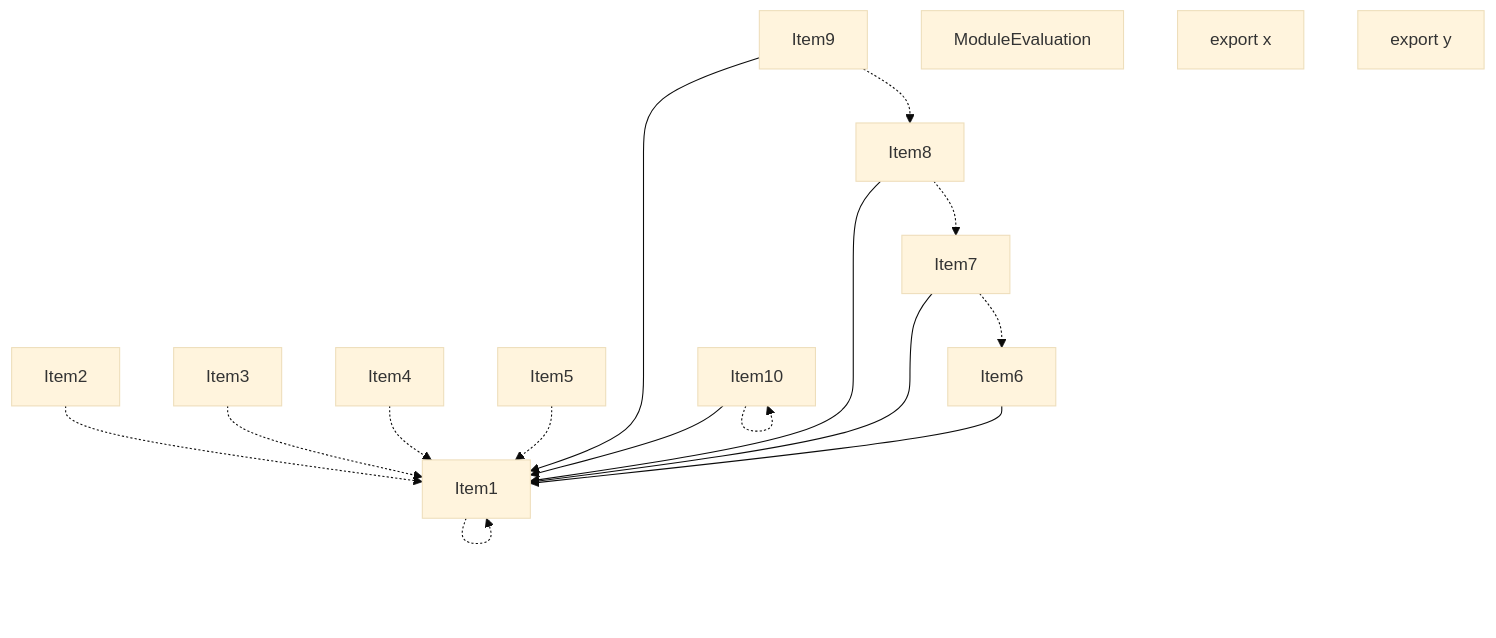
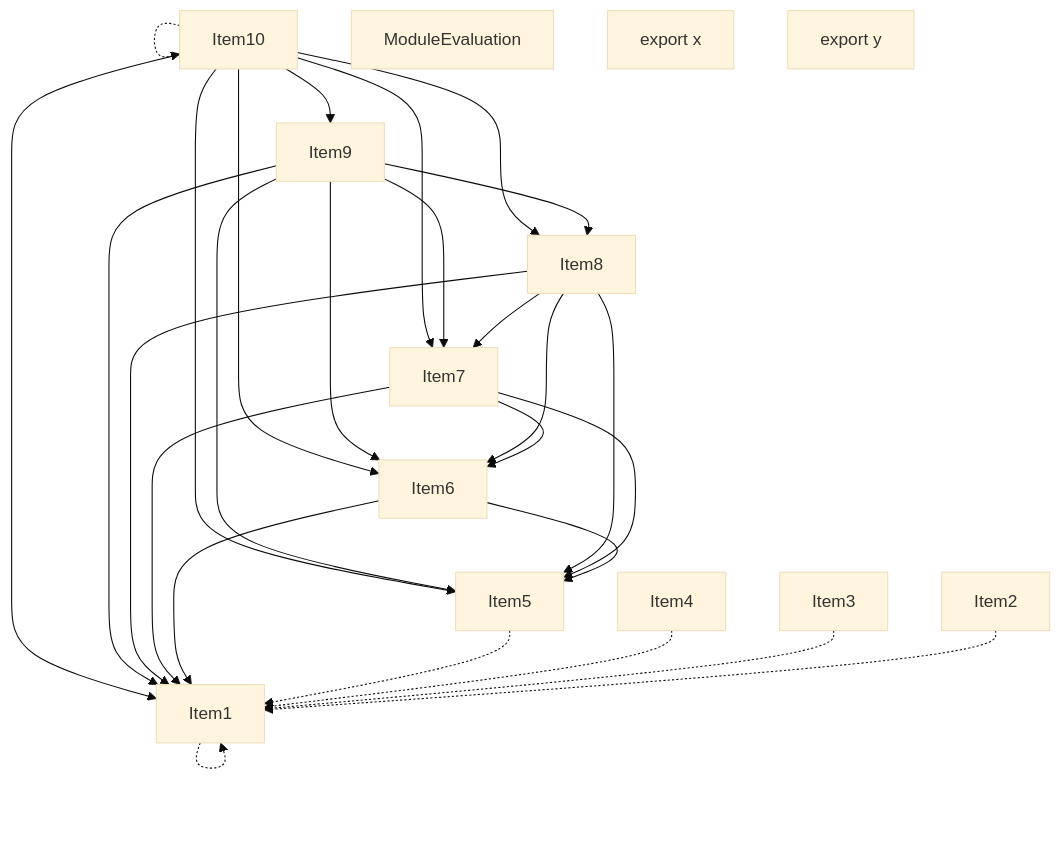
One commit to vercel/turborepo changed the second of 5 diagrams in crates/turbopack-ecmascript/tests/tree-shaker/analyzer/grouping/output.md. Above: the diagram before and after it, drawn with Mermaid (base theme). The commit also changed other lines of this file, not shown here.

````diff
--- a/crates/turbopack-ecmascript/tests/tree-shaker/analyzer/grouping/output.md
+++ b/crates/turbopack-ecmascript/tests/tree-shaker/analyzer/grouping/output.md
@@ -123,33 +123,45 @@
 ```mermaid
 graph TD
     Item1;
     Item2;
     Item3;
     Item4;
     Item5;
     Item6;
     Item7;
     Item8;
     Item9;
     Item10;
     Item11;
     Item11["ModuleEvaluation"];
     Item12;
     Item12["export x"];
     Item13;
     Item13["export y"];
     Item1 -.-> Item1;
     Item2 -.-> Item1;
     Item3 -.-> Item1;
     Item4 -.-> Item1;
     Item5 -.-> Item1;
     Item6 --> Item1;
+    Item6 --> Item5;
     Item7 --> Item1;
-    Item7 -.-> Item6;
+    Item7 --> Item5;
+    Item7 --> Item6;
     Item8 --> Item1;
-    Item8 -.-> Item7;
+    Item8 --> Item5;
+    Item8 --> Item6;
+    Item8 --> Item7;
     Item9 --> Item1;
-    Item9 -.-> Item8;
+    Item9 --> Item5;
+    Item9 --> Item6;
+    Item9 --> Item7;
+    Item9 --> Item8;
     Item10 --> Item1;
+    Item10 --> Item5;
+    Item10 --> Item6;
+    Item10 --> Item7;
+    Item10 --> Item8;
+    Item10 --> Item9;
     Item10 -.-> Item10;
 ```
````
